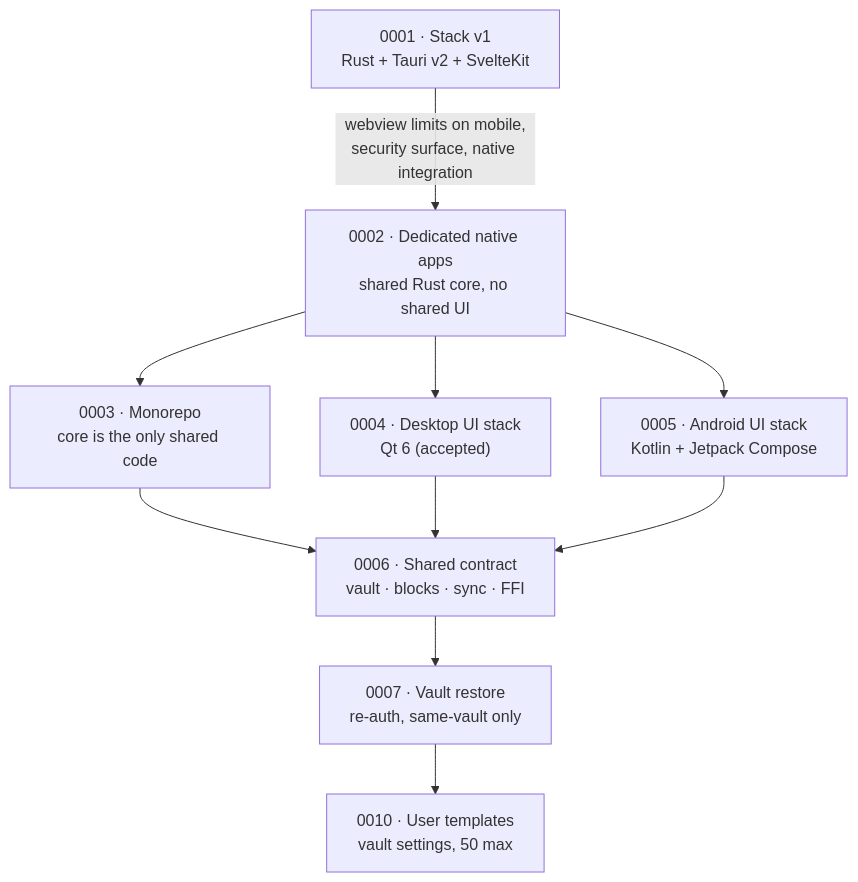
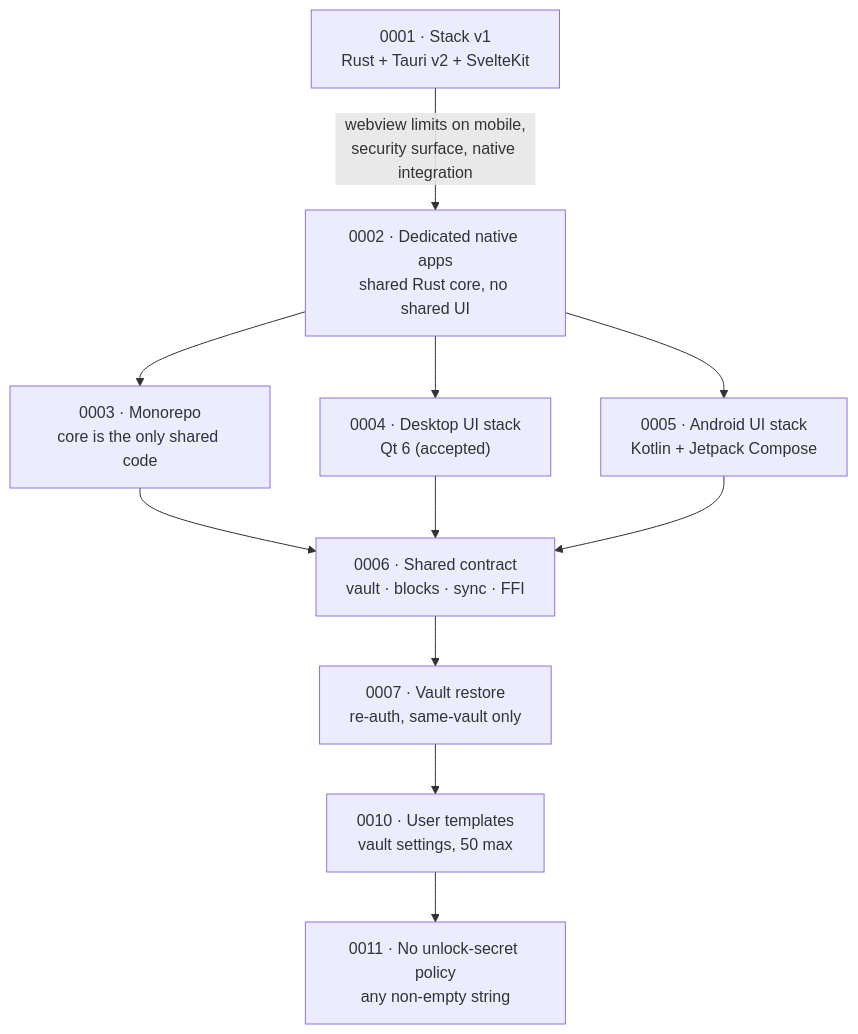
Before and after one commit to Pranesh-Selvaraj/Enclave: the diagram in docs/decisions/README.md, drawn with Mermaid. The commit also changed other lines of this file and 20 other files, not shown here.

````diff
--- a/docs/decisions/README.md
+++ b/docs/decisions/README.md
@@ -32,12 +33,13 @@
 ```mermaid
 graph TD
     A["0001 · Stack v1<br/>Rust + Tauri v2 + SvelteKit"] -->|webview limits on mobile,<br/>security surface, native integration| B["0002 · Dedicated native apps<br/>shared Rust core, no shared UI"]
     B --> C["0003 · Monorepo<br/>core is the only shared code"]
     B --> D["0004 · Desktop UI stack<br/>Qt 6 (accepted)"]
     B --> E["0005 · Android UI stack<br/>Kotlin + Jetpack Compose"]
     C --> F["0006 · Shared contract<br/>vault · blocks · sync · FFI"]
     D --> F
     E --> F
     F --> G["0007 · Vault restore<br/>re-auth, same-vault only"]
     G --> H["0010 · User templates<br/>vault settings, 50 max"]
+    H --> I["0011 · No unlock-secret policy<br/>any non-empty string"]
 ```
````
